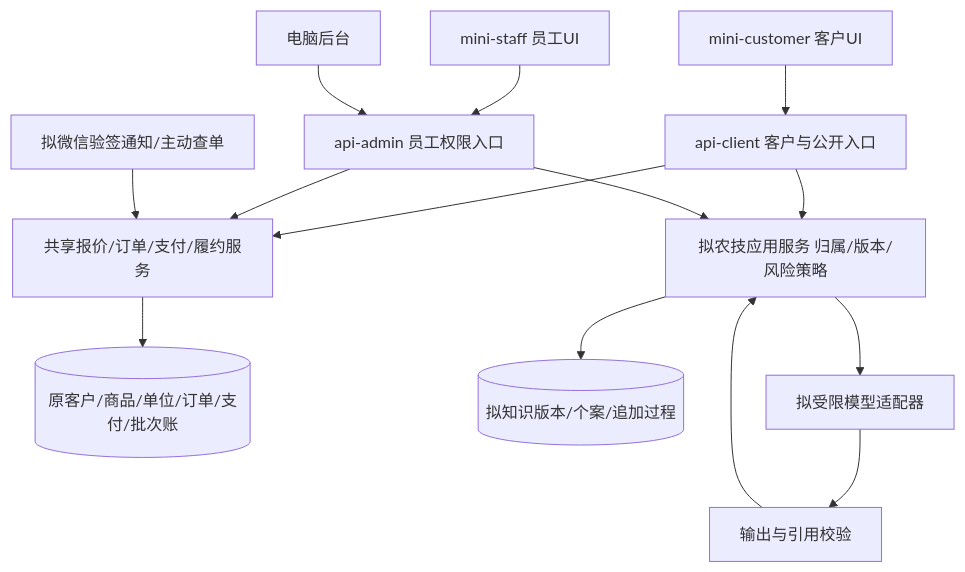
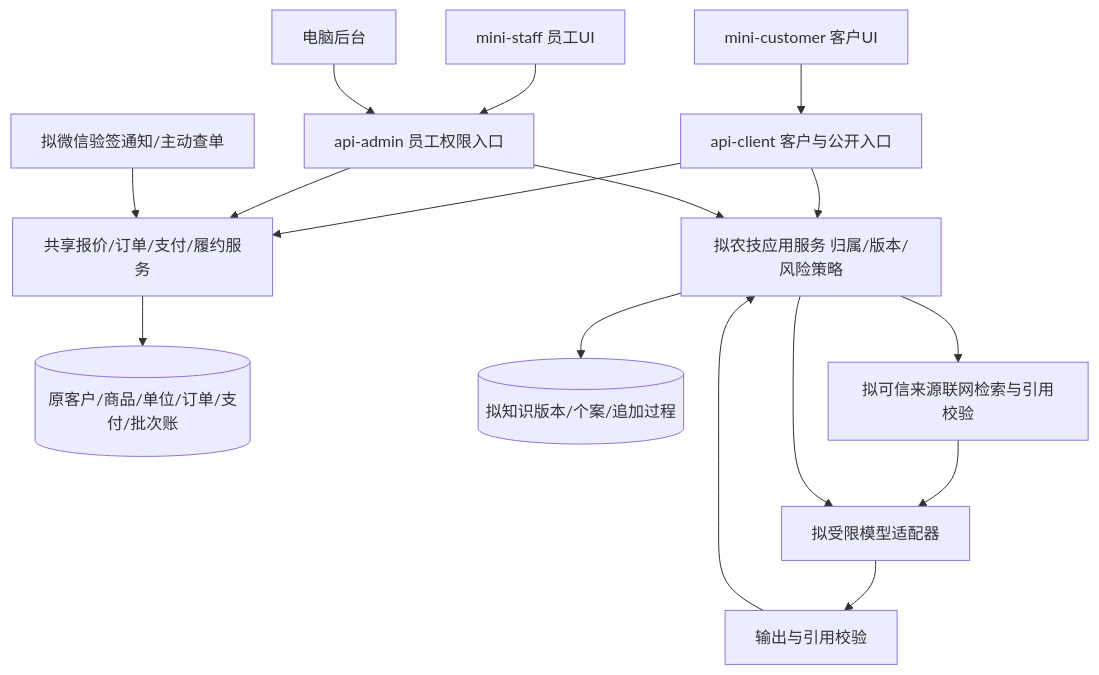
One commit to yzym1119/agri_system changed the first of 3 diagrams in docs/current/07-客户端设计与实施手册.md. Above: the diagram before and after it, drawn with Mermaid. The commit also changed other lines of this file and 45 other files, not shown here.

````diff
--- a/docs/current/07-客户端设计与实施手册.md
+++ b/docs/current/07-客户端设计与实施手册.md
@@ -25,16 +25,18 @@
 ```mermaid
 flowchart TB
  C[mini-customer 客户UI] --> CA[api-client 客户与公开入口]
  S[mini-staff 员工UI] --> AA[api-admin 员工权限入口]
  B[电脑后台] --> AA
  CA --> QS[共享报价/订单/支付/履约服务]
  AA --> QS
  QS --> DB[(原客户/商品/单位/订单/支付/批次账)]
  CA --> AS[拟农技应用服务 归属/版本/风险策略]
  AA --> AS
  AS --> AD[(拟知识版本/个案/追加过程)]
- AS --> G[拟受限模型适配器]
+ AS --> R[拟可信来源联网检索与引用校验]
+ R --> G[拟受限模型适配器]
+ AS --> G
  G --> V[输出与引用校验]
  V --> AS
  W[拟微信验签通知/主动查单] --> QS
 ```
````
